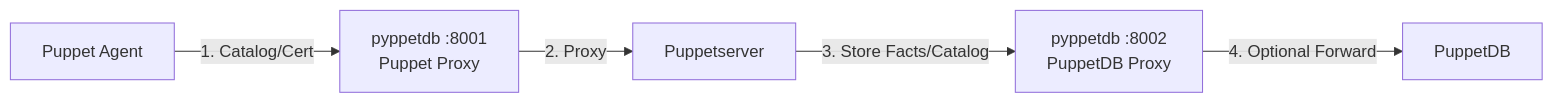
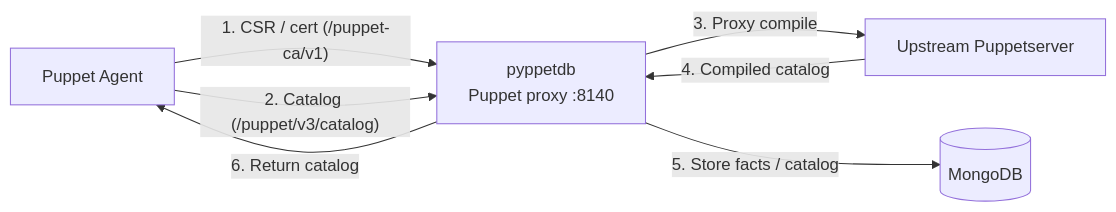
One commit to schlitzered/pyppetdb changed the second of 4 diagrams in docs/architecture.md. Above: the diagram before and after it, drawn with Mermaid. The commit also changed other lines of this file and 8 other files, not shown here.

````diff
--- a/docs/architecture.md
+++ b/docs/architecture.md
@@ -49,13 +61,14 @@
 ```mermaid
 graph LR
     Node[Puppet Agent]
-    P1[pyppetdb :8001<br/>Puppet Proxy]
-    PS[Puppetserver]
-    P2[pyppetdb :8002<br/>PuppetDB Proxy]
-    PDB[PuppetDB]
+    P1["pyppetdb<br/>Puppet proxy :8140"]
+    UPS[Upstream Puppetserver]
+    DB[(MongoDB)]
 
-    Node -- "1. Catalog/Cert" --> P1
-    P1 -- "2. Proxy" --> PS
-    PS -- "3. Store Facts/Catalog" --> P2
-    P2 -- "4. Optional Forward" --> PDB
+    Node -- "1. CSR / cert (/puppet-ca/v1)" --> P1
+    Node -- "2. Catalog (/puppet/v3/catalog)" --> P1
+    P1 -- "3. Proxy compile" --> UPS
+    UPS -- "4. Compiled catalog" --> P1
+    P1 -- "5. Store facts / catalog" --> DB
+    P1 -- "6. Return catalog" --> Node
 ```
````
